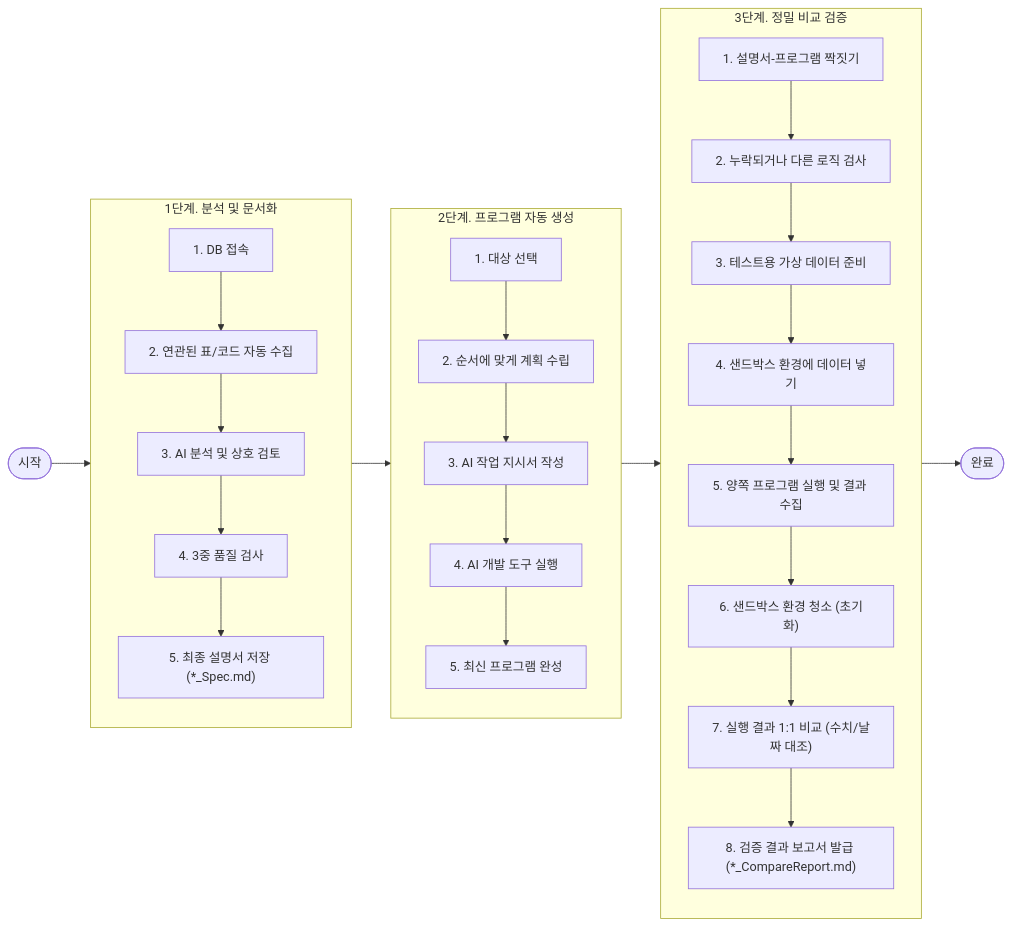
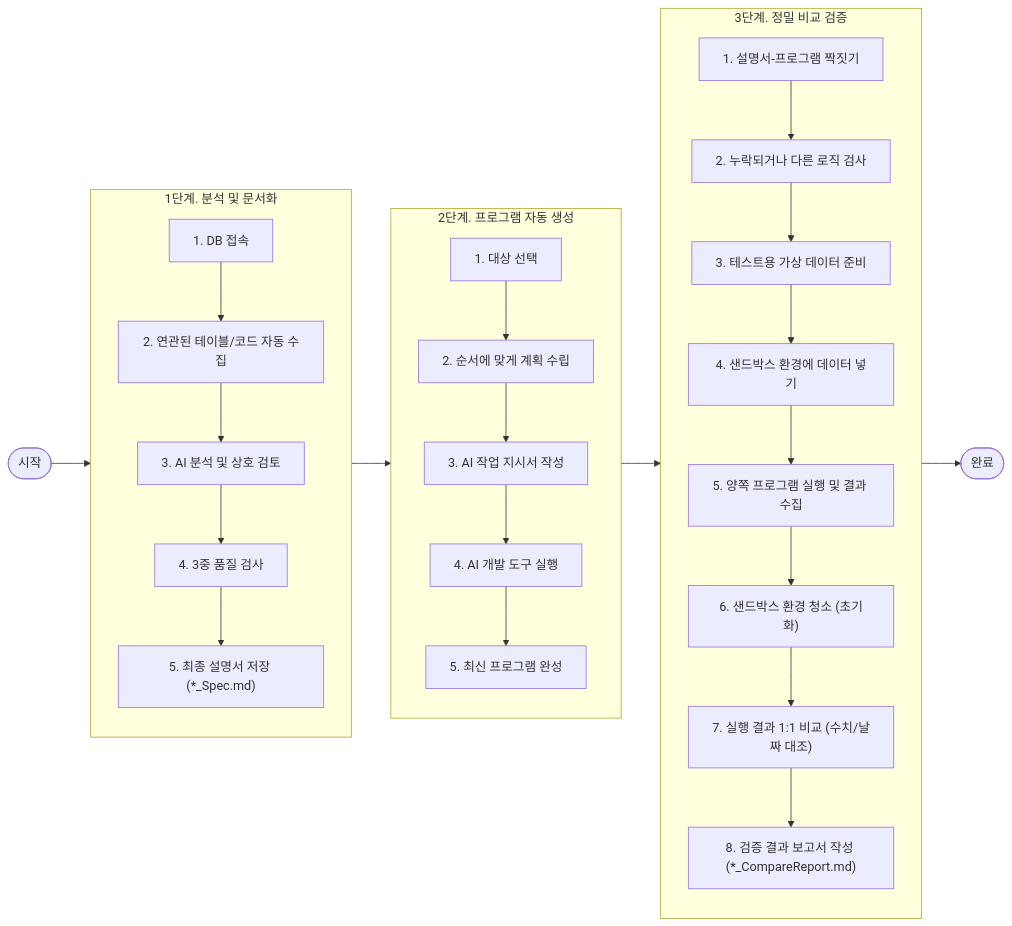
The diagram in docs/roadmap.md (moondae815/sp-reverse-engineering), drawn with Mermaid before and after one commit. The commit also changed other lines of this file, not shown here.

Commit message:
docs: roadmap.md 내 과다하게 반복된 흐름 표현 개선 및 오타 수정

````diff
--- a/docs/roadmap.md
+++ b/docs/roadmap.md
@@ -21,33 +21,33 @@
 ```mermaid
 flowchart LR
     %% 각 Stage 내부는 세로, Stage 전체는 가로 배치
     subgraph Stage1 ["1단계. 분석 및 문서화"]
         direction TB
-        DB로그인["1. DB 접속"] --> DFS의존성추적["2. 연관된 표/코드 자동 수집"]
+        DB로그인["1. DB 접속"] --> DFS의존성추적["2. 연관된 테이블/코드 자동 수집"]
         DFS의존성추적 --> AI분석및교차리뷰["3. AI 분석 및 상호 검토"]
         AI분석및교차리뷰 --> 3단계검증루프["4. 3중 품질 검사"]
         3단계검증루프 --> 명세서저장_Spec["5. 최종 설명서 저장 (*_Spec.md)"]
     end
     
     subgraph Stage2 ["2단계. 프로그램 자동 생성"]
         direction TB
         TUI순차선택["1. 대상 선택"] --> 배치전환계획서작성["2. 순서에 맞게 계획 수립"]
         배치전환계획서작성 --> 통합지시서번들링["3. AI 작업 지시서 작성"]
         통합지시서번들링 --> 코딩에이전트자동기동["4. AI 개발 도구 실행"]
         코딩에이전트자동기동 --> 타겟소스코드생성["5. 최신 프로그램 완성"]
     end
     
     subgraph Stage3 ["3단계. 정밀 비교 검증"]
         direction TB
         스마트파일매핑["1. 설명서-프로그램 짝짓기"] --> AI일치성Gap분석["2. 누락되거나 다른 로직 검사"]
         AI일치성Gap분석 --> 테스트케이스_및_모의데이터생성["3. 테스트용 가상 데이터 준비"]
         테스트케이스_및_모의데이터생성 --> Sandbox_DB적재["4. 샌드박스 환경에 데이터 넣기"]
         Sandbox_DB적재 --> 양방향결과덤프수집["5. 양쪽 프로그램 실행 및 결과 수집"]
         양방향결과덤프수집 --> Sandbox_DB소거["6. 샌드박스 환경 청소 (초기화)"]
         Sandbox_DB소거 --> 데이터1대1비교대조["7. 실행 결과 1:1 비교 (수치/날짜 대조)"]
-        데이터1대1비교대조 --> 정합성보고서도출_CompareReport["8. 검증 결과 보고서 발급 (*_CompareReport.md)"]
+        데이터1대1비교대조 --> 정합성보고서도출_CompareReport["8. 검증 결과 보고서 작성 (*_CompareReport.md)"]
     end
 
     %% 메인 흐름: Stage들을 가로로 연결
     Start([시작]) --> Stage1 --> Stage2 --> Stage3 --> End([완료])
 ```
````
